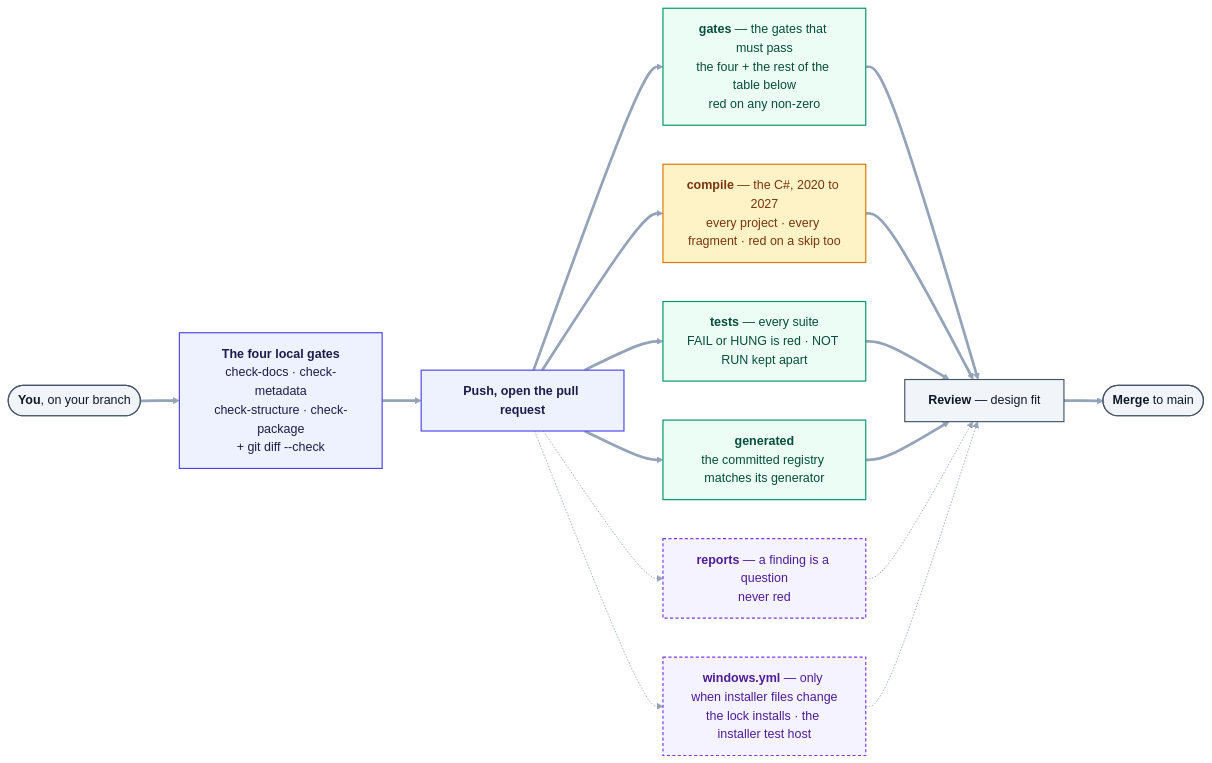
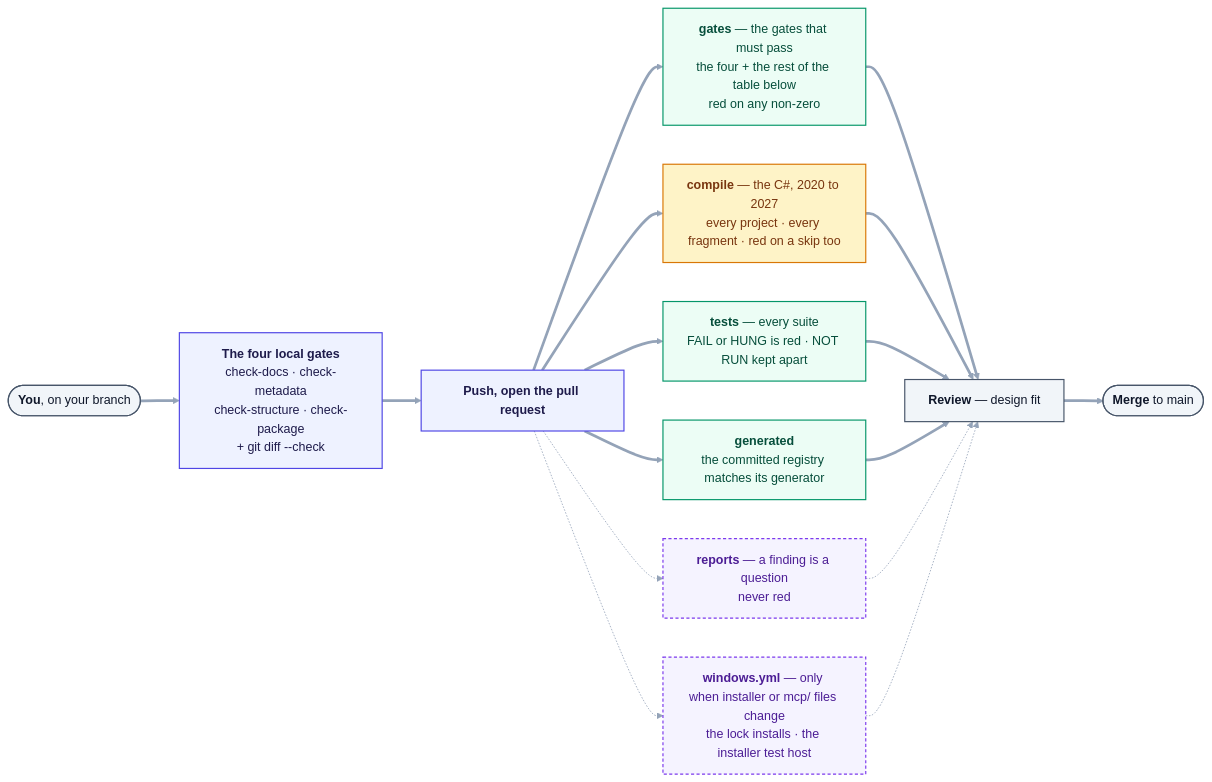
One commit to Ajmalpshaik/Heron-AI changed the diagram in CONTRIBUTING.md. Above: the diagram before and after it, drawn with Mermaid. The commit also changed other lines of this file and 4 other files, not shown here.

First line of the commit message:
windows.yml runs for a pull request that touches mcp/ - the one job that imports the server with the MCP SDK

````diff
--- a/CONTRIBUTING.md
+++ b/CONTRIBUTING.md
@@ -151,36 +151,36 @@
 ```mermaid
 %%{init: {"themeVariables": {"edgeLabelBackground":"#F1F5F9","lineColor":"#94A3B8","textColor":"#0F172A","tertiaryTextColor":"#0F172A"}}}%%
 flowchart LR
     YOU(["<b>You</b>, on your branch"])
     L4["<b>The four local gates</b><br/>check-docs · check-metadata<br/>check-structure · check-package<br/>+ git diff --check"]
     PR["<b>Push, open the pull request</b>"]
     G["<b>gates</b> — the gates that must pass<br/>the four + the rest of the table below<br/>red on any non-zero"]
     C["<b>compile</b> — the C#, 2020 to 2027<br/>every project · every fragment · red on a skip too"]
     T["<b>tests</b> — every suite<br/>FAIL or HUNG is red · NOT RUN kept apart"]
     GEN["<b>generated</b><br/>the committed registry matches its generator"]
     REP["<b>reports</b> — a finding is a question<br/>never red"]
-    WIN["<b>windows.yml</b> — only when installer files change<br/>the lock installs · the installer test host"]
+    WIN["<b>windows.yml</b> — only when installer or mcp/ files change<br/>the lock installs · the installer test host"]
     REV["<b>Review</b> — design fit"]
     M(["<b>Merge</b> to main"])
 
     YOU ==> L4 ==> PR
     PR ==> G & C & T & GEN
     PR -.-> REP
     PR -.-> WIN
     G & C & T & GEN ==> REV
     REP -.-> REV
     WIN -.-> REV
     REV ==> M
 
     classDef user fill:#F1F5F9,stroke:#475569,stroke-width:1.5px,color:#0F172A
     classDef host fill:#EEF2FF,stroke:#4F46E5,stroke-width:1.5px,color:#1E1B4B
     classDef brain fill:#ECFDF5,stroke:#059669,stroke-width:1.5px,color:#064E3B
     classDef addin fill:#FEF3C7,stroke:#D97706,stroke-width:1.5px,color:#78350F
     classDef plat fill:#F5F3FF,stroke:#7C3AED,stroke-width:1.5px,color:#4C1D95,stroke-dasharray:4 3
     class YOU,M user
     class L4,PR host
     class G,T,GEN brain
     class C addin
     class REP,WIN plat
     class REV user
 ```
````
